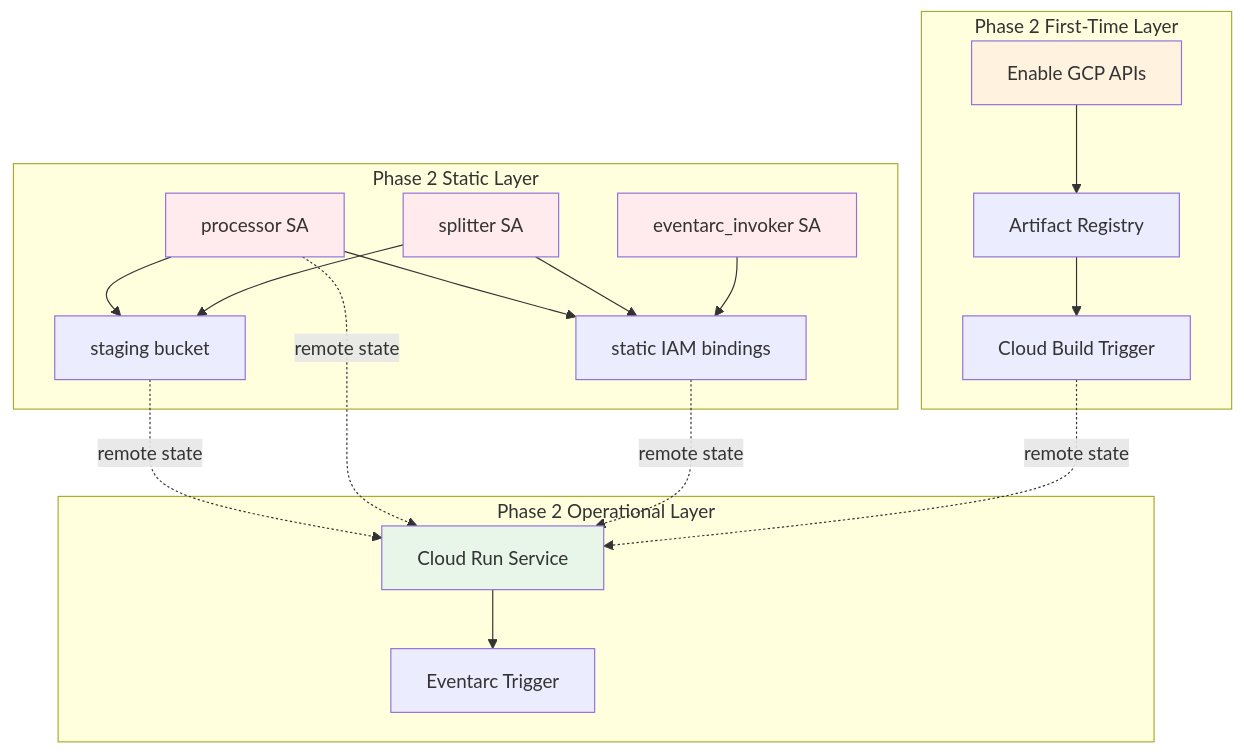
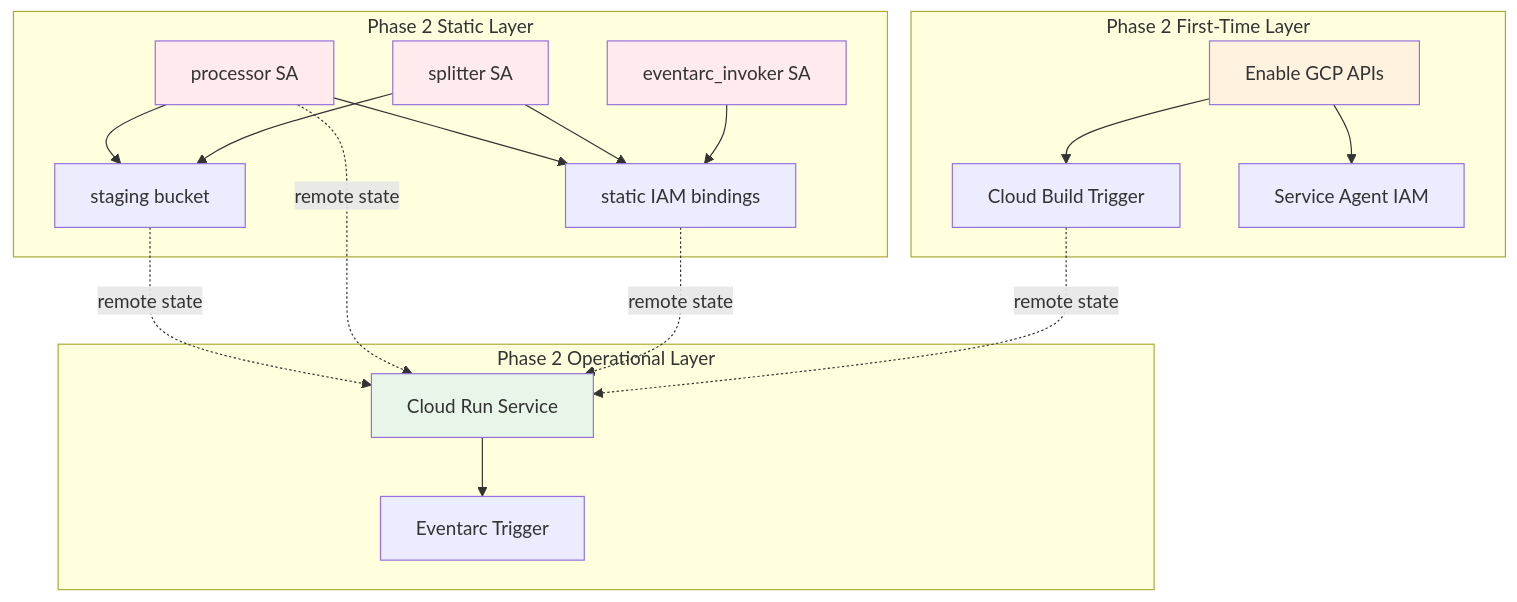
One commit to prateekpanjla-outlook/gcp_data_proc changed the second of 14 diagrams in docs/DEPLOYMENT_VISUAL_GUIDE.md. Above: the diagram before and after it, drawn with Mermaid. The commit also changed other lines of this file and 26 other files, not shown here.

````diff
--- a/docs/DEPLOYMENT_VISUAL_GUIDE.md
+++ b/docs/DEPLOYMENT_VISUAL_GUIDE.md
@@ -73,43 +73,43 @@
 ```mermaid
 graph TB
     subgraph "Phase 2 Static Layer"
         SA1[processor SA]
         SA2[splitter SA]
         SA3[eventarc_invoker SA]
         BUCKET1[staging bucket]
         IAM1[static IAM bindings]
     end
 
     subgraph "Phase 2 First-Time Layer"
         APIS[Enable GCP APIs]
-        REPO[Artifact Registry]
         BUILD[Cloud Build Trigger]
+        AGENTS[Service Agent IAM]
     end
 
     subgraph "Phase 2 Operational Layer"
         SERVICE[Cloud Run Service]
         EVENTARC[Eventarc Trigger]
     end
 
     SA1 --> BUCKET1
     SA2 --> BUCKET1
     SA1 --> IAM1
     SA2 --> IAM1
     SA3 --> IAM1
 
-    APIS --> REPO
-    REPO --> BUILD
+    APIS --> AGENTS
+    APIS --> BUILD
 
     BUCKET1 -.->|remote state| SERVICE
     SA1 -.->|remote state| SERVICE
     IAM1 -.->|remote state| SERVICE
     BUILD -.->|remote state| SERVICE
 
     SERVICE --> EVENTARC
 
     style SA1 fill:#ffebee
     style SA2 fill:#ffebee
     style SA3 fill:#ffebee
     style APIS fill:#fff3e0
     style SERVICE fill:#e8f5e9
 ```
````
